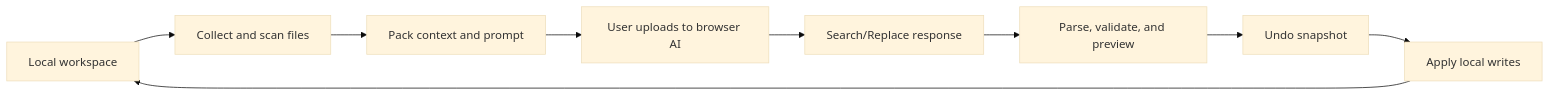
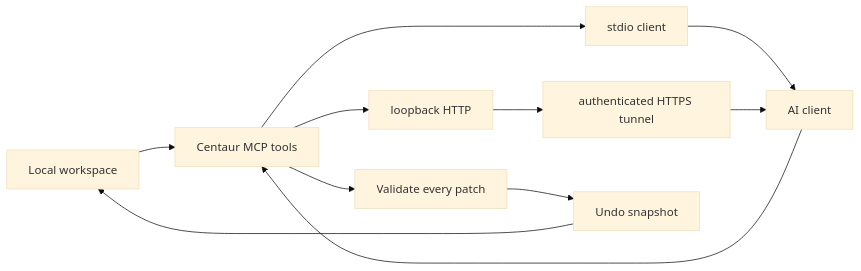
Before and after one commit to DevT02/centaur: the diagram in docs/ARCHITECTURE.md, drawn with Mermaid (base theme). The commit also changed other lines of this file and 13 other files, not shown here.

First line of the commit message:
feat: HTTP MCP transport, stdin input, and all-or-nothing patch parsing

````diff
--- a/docs/ARCHITECTURE.md
+++ b/docs/ARCHITECTURE.md
@@ -5,11 +5,13 @@
 ```mermaid
 flowchart LR
-    A["Local workspace"] --> B["Collect and scan files"]
-    B --> C["Pack context and prompt"]
-    C --> D["User uploads to browser AI"]
-    D --> E["Search/Replace response"]
-    E --> F["Parse, validate, and preview"]
-    F --> G["Undo snapshot"]
-    G --> H["Apply local writes"]
+    A["Local workspace"] --> B["Centaur MCP tools"]
+    B --> C["stdio client"]
+    B --> D["loopback HTTP"]
+    D --> E["authenticated HTTPS tunnel"]
+    C --> F["AI client"]
+    E --> F
+    F --> B
+    B --> G["Validate every patch"]
+    G --> H["Undo snapshot"]
     H --> A
 ```
````
